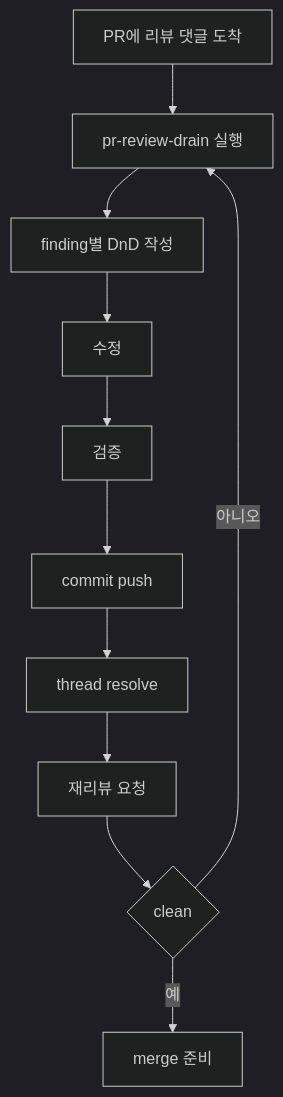
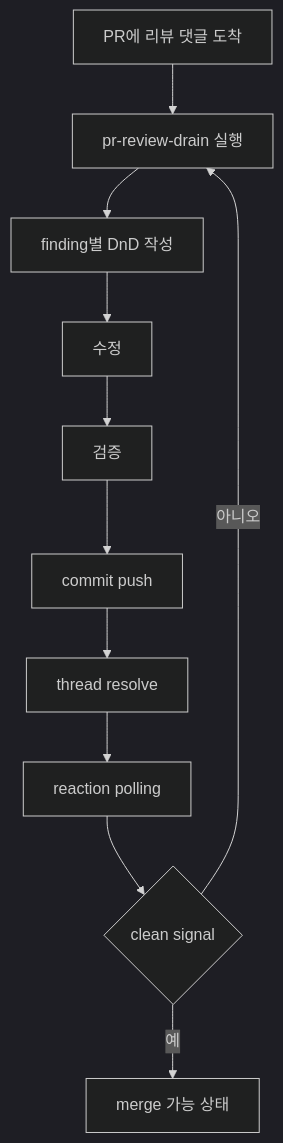
Before and after one commit to limcpf/octosmith: diagram 11 of 11 in README.md, drawn with Mermaid (dark theme). The commit also changed other lines of this file and 6 other files, not shown here.

````diff
--- a/README.md
+++ b/README.md
@@ -341,13 +355,13 @@
 ```mermaid
 flowchart TD
   A[PR에 리뷰 댓글 도착] --> B[pr-review-drain 실행]
   B --> C[finding별 DnD 작성]
   C --> D[수정]
   D --> E[검증]
   E --> F[commit push]
   F --> G[thread resolve]
-  G --> H[재리뷰 요청]
-  H --> I{clean}
+  G --> H[reaction polling]
+  H --> I{clean signal}
   I -->|아니오| B
-  I -->|예| J[merge 준비]
+  I -->|예| J[merge 가능 상태]
 ```
````
